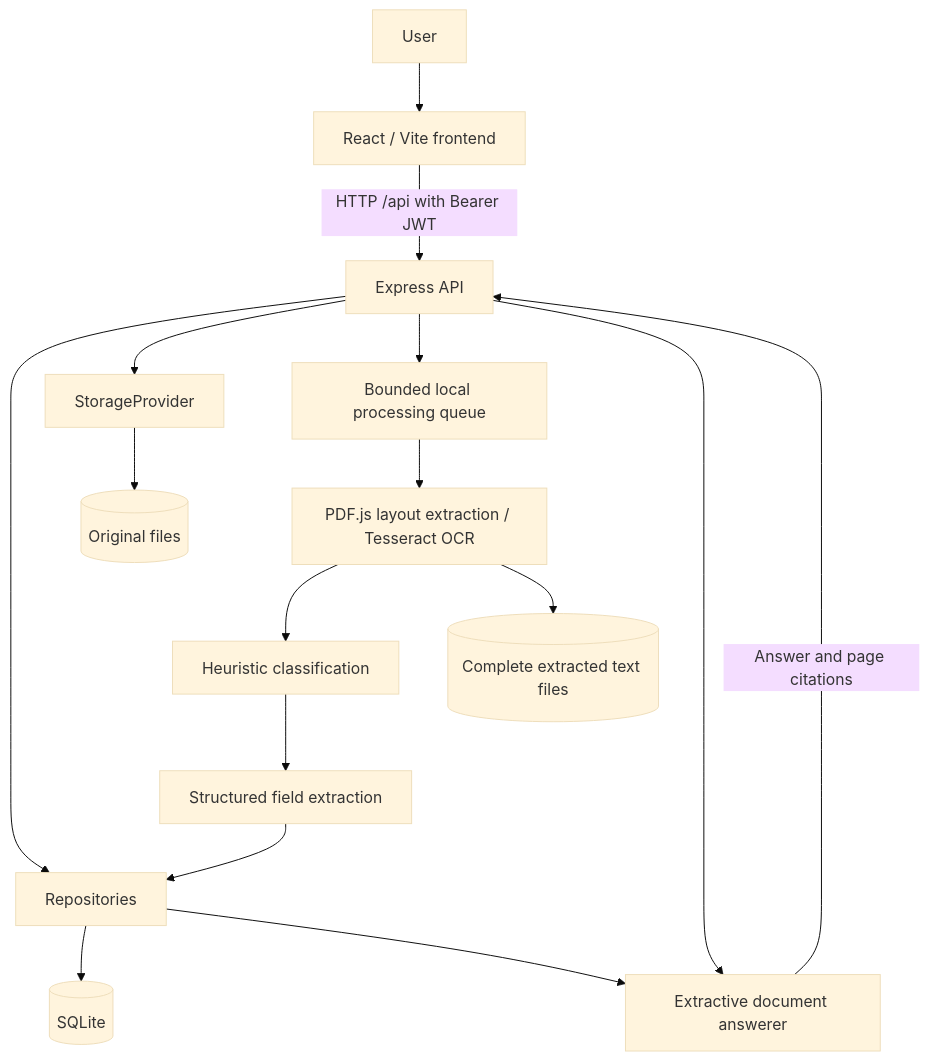
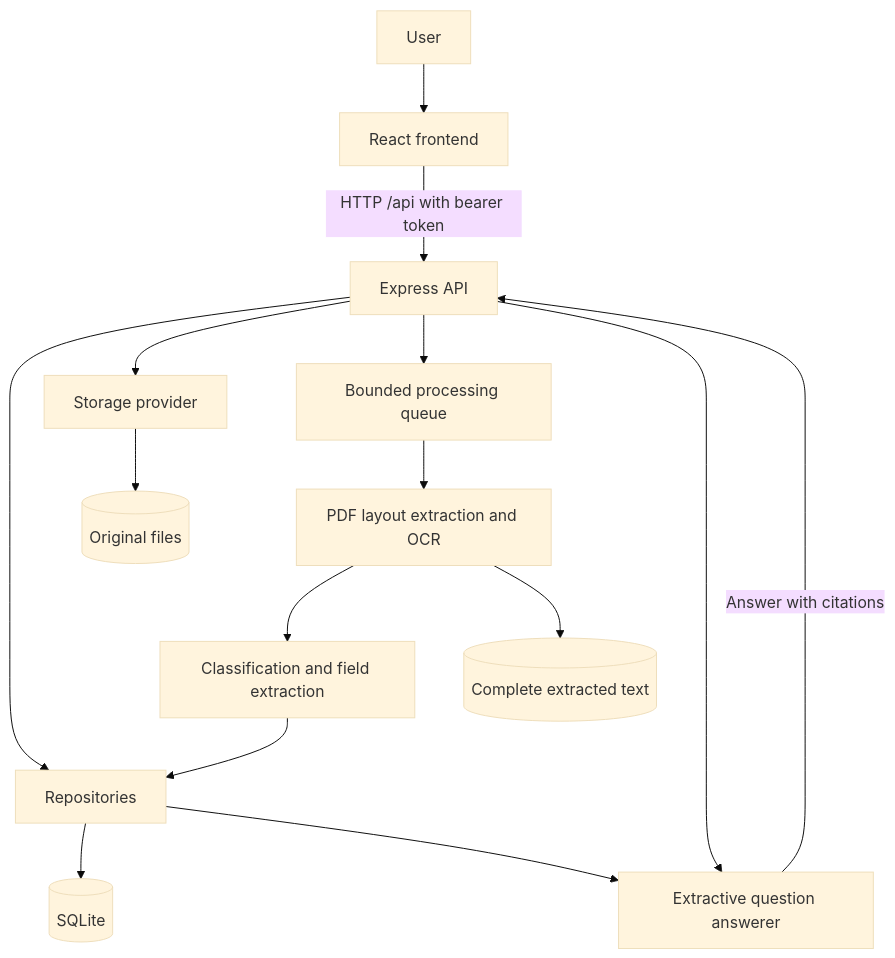
Before and after one commit to gayas-sheik/Prashn: the diagram in docs/project-documentation.md, drawn with Mermaid (base theme). The commit also changed other lines of this file and 2 other files, not shown here.

Commit message:
docs: document current application and optional AWS deployment

````diff
--- a/docs/project-documentation.md
+++ b/docs/project-documentation.md
@@ -49,18 +89,17 @@
-```mermaid
+~~~mermaid
 flowchart TD
-    U[User] --> F[React / Vite frontend]
-    F -->|HTTP /api with Bearer JWT| A[Express API]
+    U[User] --> F[React frontend]
+    F -->|HTTP /api with bearer token| A[Express API]
     A --> R[Repositories]
     R --> D[(SQLite)]
-    A --> S[StorageProvider]
+    A --> S[Storage provider]
     S --> O[(Original files)]
-    A --> Q[Bounded local processing queue]
-    Q --> E[PDF.js layout extraction / Tesseract OCR]
-    E --> C[Heuristic classification]
-    C --> X[Structured field extraction]
-    X --> R
-    E --> T[(Complete extracted text files)]
-    A --> N[Extractive document answerer]
+    A --> Q[Bounded processing queue]
+    Q --> E[PDF layout extraction and OCR]
+    E --> C[Classification and field extraction]
+    C --> R
+    E --> T[(Complete extracted text)]
+    A --> N[Extractive question answerer]
     R --> N
-    N -->|Answer and page citations| A
-```
+    N -->|Answer with citations| A
+~~~
````
